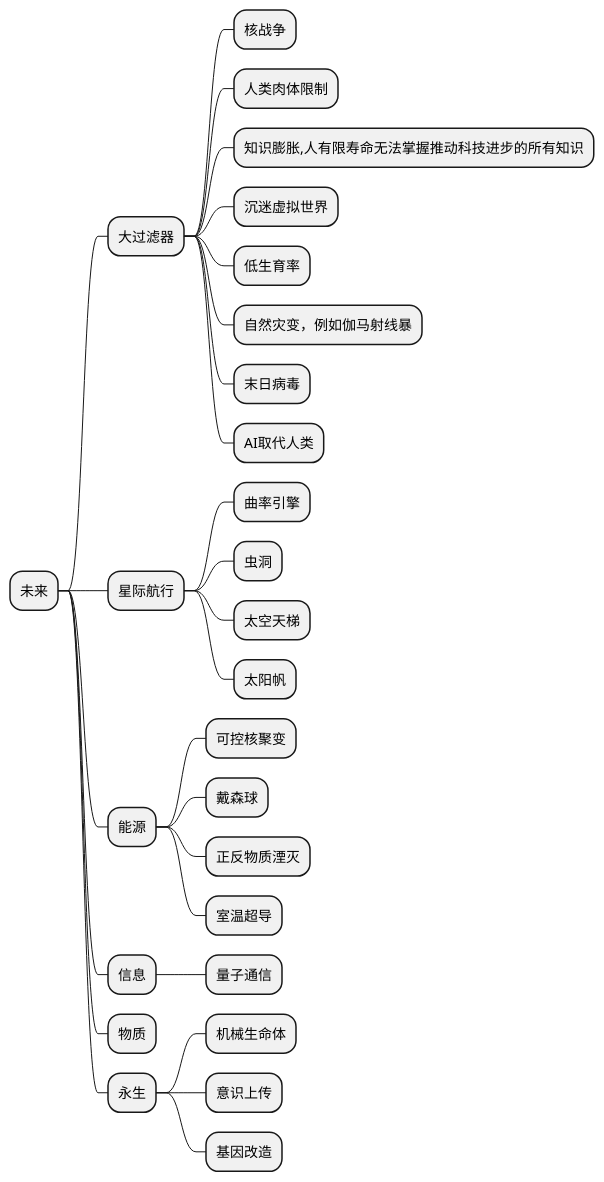
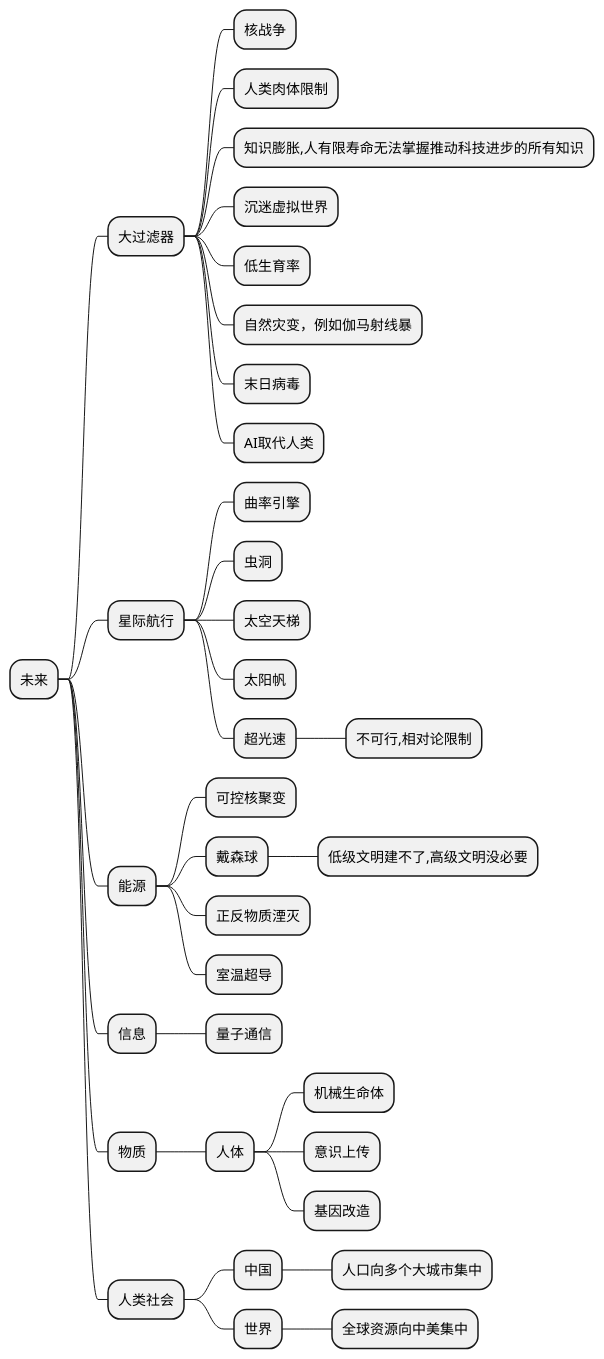
One commit to Huang2070/alpha-centauri-c changed the diagram in 未来.plantuml. Above: the diagram before and after it, drawn with PlantUML. The commit also changed 45 other files, not shown here.

```diff
--- a/未来.plantuml
+++ b/未来.plantuml
@@ -1,37 +1,46 @@
 @startmindmap 未来
 
 * 未来
 ** 大过滤器
 *** 核战争
 *** 人类肉体限制
 *** 知识膨胀,人有限寿命无法掌握推动科技进步的所有知识
 *** 沉迷虚拟世界
 *** 低生育率
 *** 自然灾变，例如伽马射线暴
 *** 末日病毒
 *** AI取代人类
 
 ** 星际航行
 *** 曲率引擎
 *** 虫洞
 *** 太空天梯
 *** 太阳帆
+*** 超光速
+**** 不可行,相对论限制
 
 ** 能源
 *** 可控核聚变
 *** 戴森球
+**** 低级文明建不了,高级文明没必要
 *** 正反物质湮灭
 *** 室温超导
 
 
 ** 信息
 *** 量子通信
 
 ** 物质
+*** 人体
+**** 机械生命体
+**** 意识上传
+**** 基因改造
 
-** 永生
-*** 机械生命体
-*** 意识上传
-*** 基因改造
+** 人类社会
+*** 中国
+**** 人口向多个大城市集中
+*** 世界
+**** 全球资源向中美集中
+
 
 @endmindmap
```
